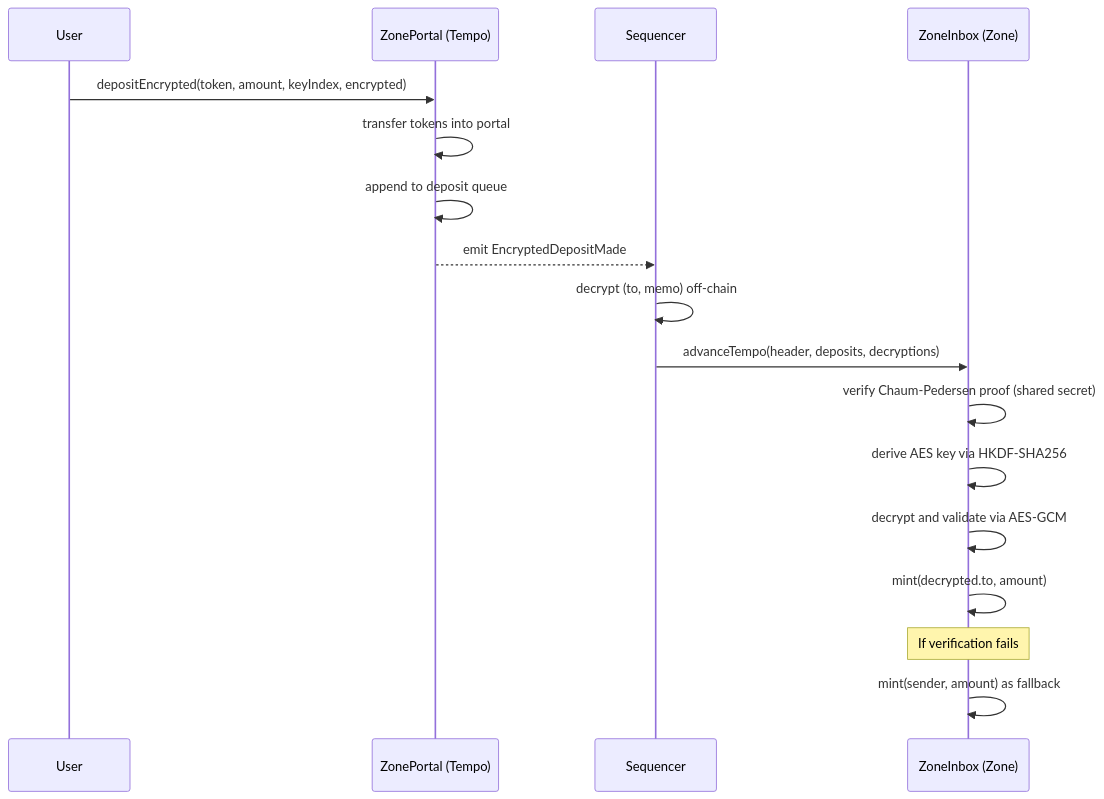
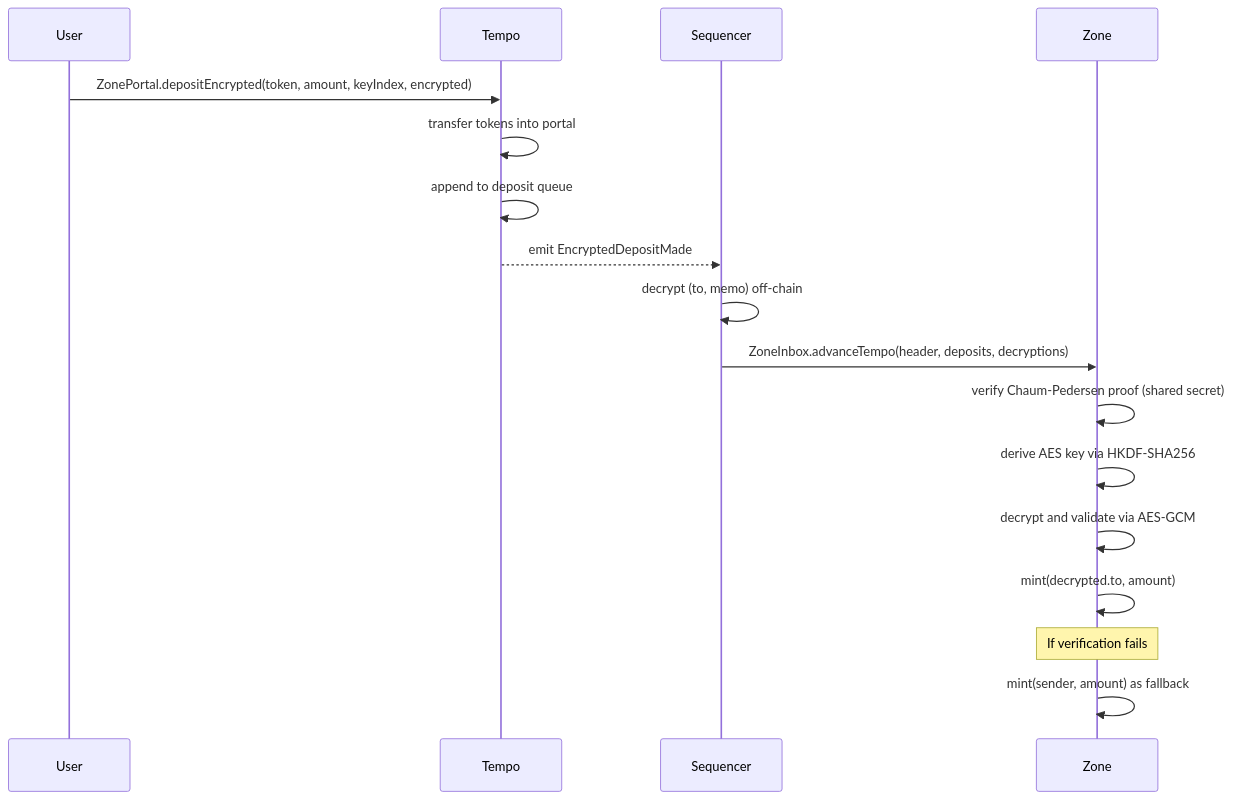
One commit to tempoxyz/zones changed the third of 4 diagrams in docs/specs/zone_spec.md. Above: the diagram before and after it, drawn with Mermaid. The commit also changed other lines of this file, not shown here.

Commit message:
docs: update sequence diagrams

````diff
--- a/docs/specs/zone_spec.md
+++ b/docs/specs/zone_spec.md
@@ -362,22 +363,22 @@
 ```mermaid
 sequenceDiagram
     participant User
-    participant ZonePortal as ZonePortal (Tempo)
+    participant Tempo
     participant Sequencer
-    participant ZoneInbox as ZoneInbox (Zone)
+    participant Zone
 
-    User->>ZonePortal: depositEncrypted(token, amount, keyIndex, encrypted)
-    ZonePortal->>ZonePortal: transfer tokens into portal
-    ZonePortal->>ZonePortal: append to deposit queue
-    ZonePortal-->>Sequencer: emit EncryptedDepositMade
+    User->>Tempo: ZonePortal.depositEncrypted(token, amount, keyIndex, encrypted)
+    Tempo->>Tempo: transfer tokens into portal
+    Tempo->>Tempo: append to deposit queue
+    Tempo-->>Sequencer: emit EncryptedDepositMade
 
     Sequencer->>Sequencer: decrypt (to, memo) off-chain
-    Sequencer->>ZoneInbox: advanceTempo(header, deposits, decryptions)
-    ZoneInbox->>ZoneInbox: verify Chaum-Pedersen proof (shared secret)
-    ZoneInbox->>ZoneInbox: derive AES key via HKDF-SHA256
-    ZoneInbox->>ZoneInbox: decrypt and validate via AES-GCM
-    ZoneInbox->>ZoneInbox: mint(decrypted.to, amount)
+    Sequencer->>Zone: ZoneInbox.advanceTempo(header, deposits, decryptions)
+    Zone->>Zone: verify Chaum-Pedersen proof (shared secret)
+    Zone->>Zone: derive AES key via HKDF-SHA256
+    Zone->>Zone: decrypt and validate via AES-GCM
+    Zone->>Zone: mint(decrypted.to, amount)
 
-    Note over ZoneInbox: If verification fails
-    ZoneInbox->>ZoneInbox: mint(sender, amount) as fallback
+    Note over Zone: If verification fails
+    Zone->>Zone: mint(sender, amount) as fallback
 ```
````
